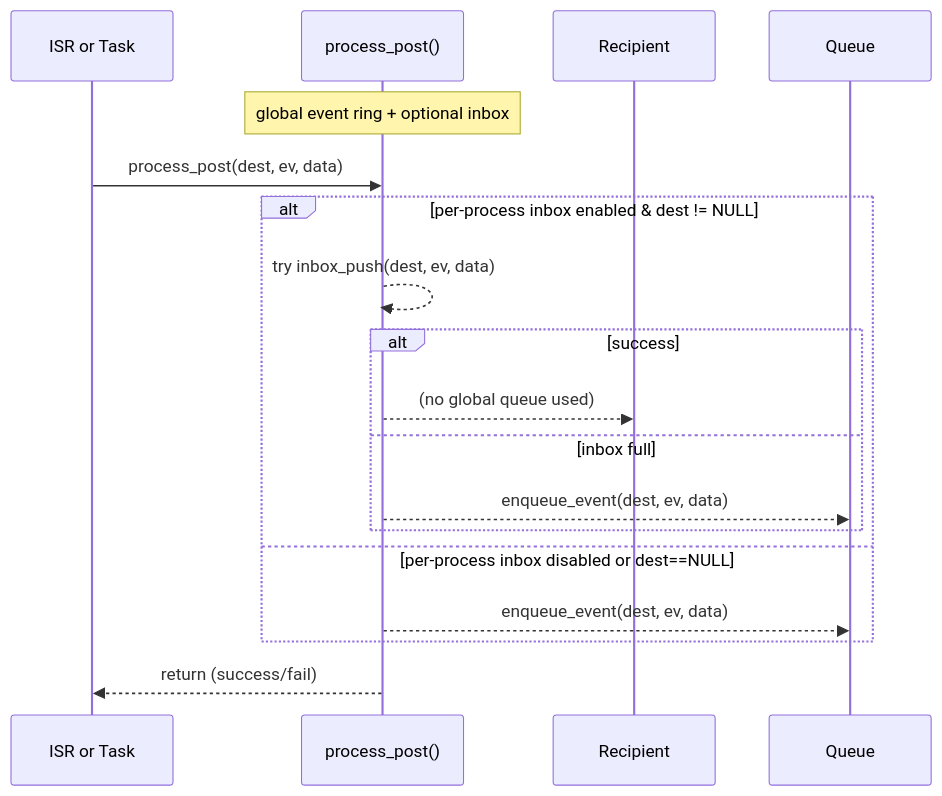
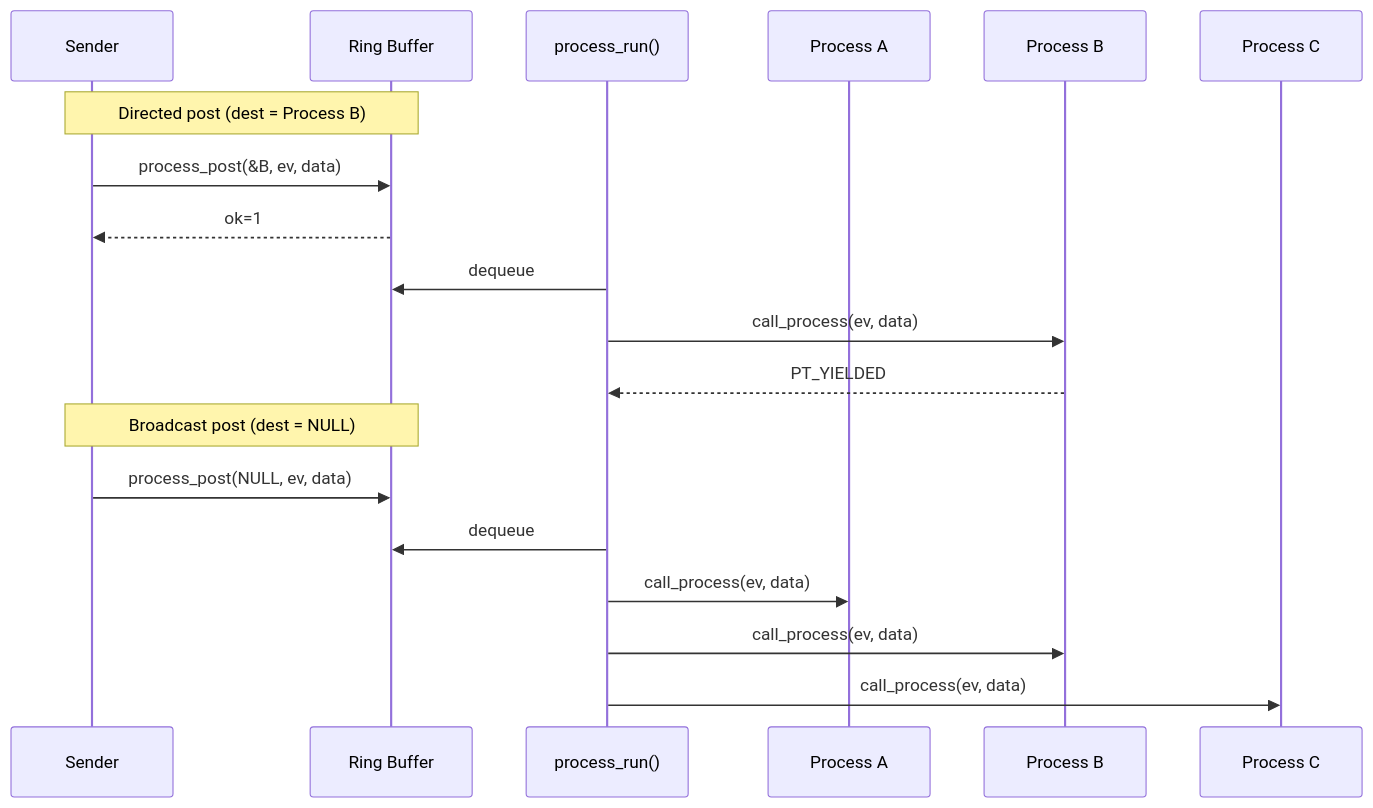
Before and after one commit to jklarenbeek/protoduino: the seventh of 13 diagrams in docs/scheduler.md, drawn with Mermaid. The commit also changed other lines of this file and 3 other files, not shown here.

````diff
--- a/docs/scheduler.md
+++ b/docs/scheduler.md
@@ -152,18 +453,23 @@
 ```mermaid
 sequenceDiagram
-  participant ISR as ISR or Task
-  participant Scheduler as process_post()
-  Note over Scheduler: global event ring + optional inbox
-  ISR->>Scheduler: process_post(dest, ev, data)
-  alt per-process inbox enabled & dest != NULL
-    Scheduler-->>Scheduler: try inbox_push(dest, ev, data)
-    alt success
-      Scheduler-->>Recipient: (no global queue used)
-    else inbox full
-      Scheduler-->>Queue: enqueue_event(dest, ev, data)
-    end
-  else per-process inbox disabled or dest==NULL
-    Scheduler-->>Queue: enqueue_event(dest, ev, data)
-  end
-  Scheduler-->>ISR: return (success/fail)
+    participant Sender
+    participant Queue as Ring Buffer
+    participant Sched as process_run()
+    participant A as Process A
+    participant B as Process B
+    participant C as Process C
+
+    Note over Sender,Queue: Directed post  (dest = Process B)
+    Sender->>Queue: process_post(&B, ev, data)
+    Queue-->>Sender: ok=1
+    Sched->>Queue: dequeue
+    Sched->>B: call_process(ev, data)
+    B-->>Sched: PT_YIELDED
+
+    Note over Sender,Queue: Broadcast post  (dest = NULL)
+    Sender->>Queue: process_post(NULL, ev, data)
+    Sched->>Queue: dequeue
+    Sched->>A: call_process(ev, data)
+    Sched->>B: call_process(ev, data)
+    Sched->>C: call_process(ev, data)
 ```
````
